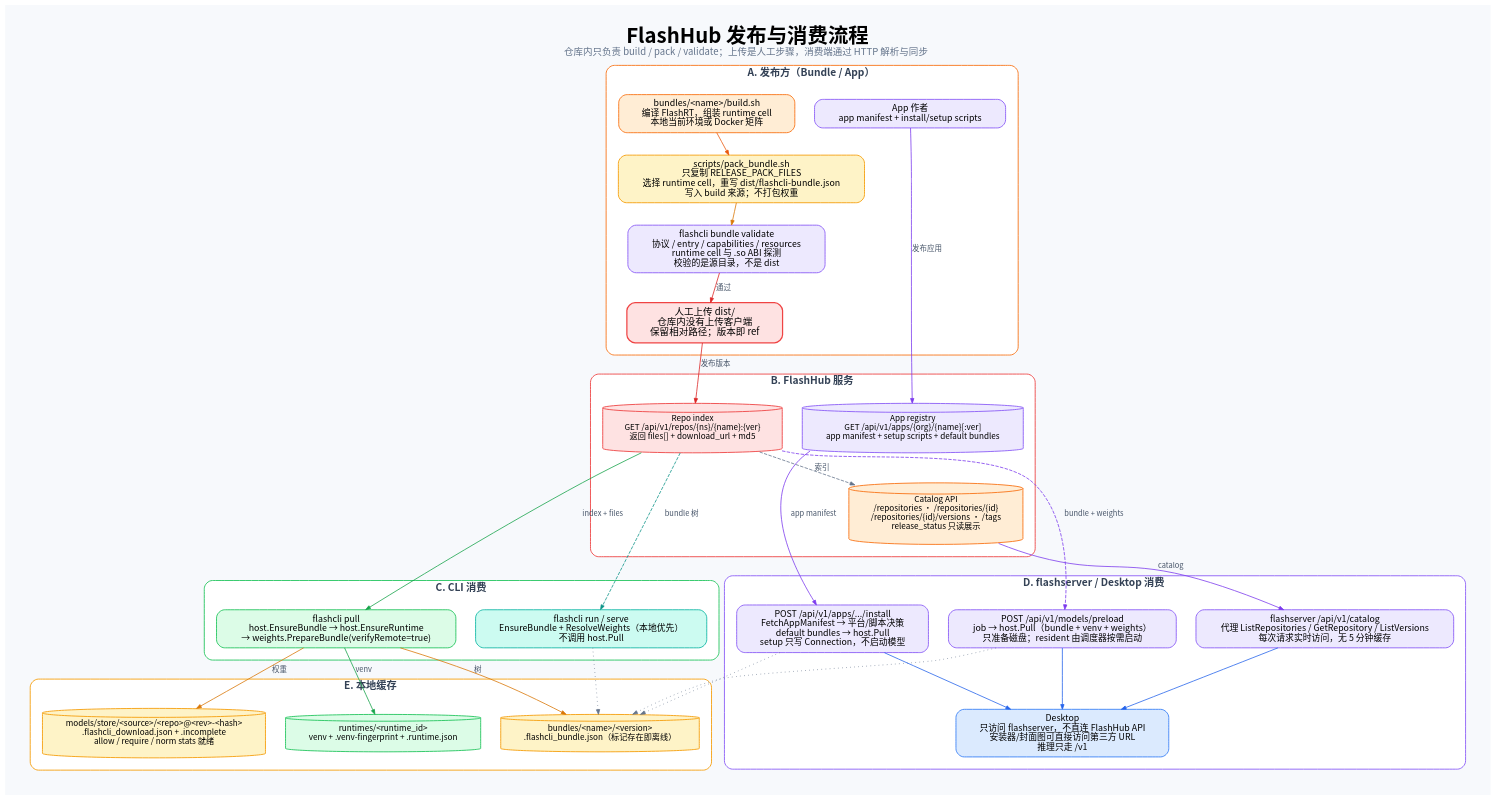
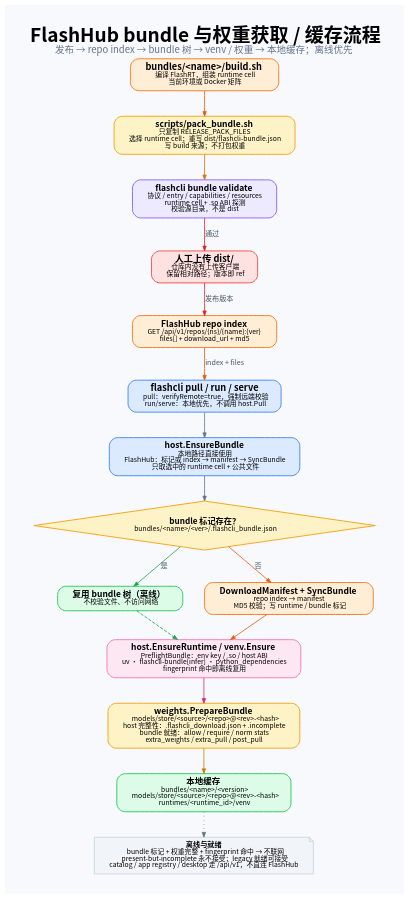
One commit to aodianyun/flashcli changed the diagram in docs/images/flashhub-flow.zh-CN.dot. Above: the diagram before and after it, drawn with Graphviz. The commit also changed 45 other files, not shown here.

First line of the commit message:
docs(architecture): keep five diagrams and simplify flow layout

```diff
--- a/docs/images/flashhub-flow.zh-CN.dot
+++ b/docs/images/flashhub-flow.zh-CN.dot
@@ -1,62 +1,33 @@
 digraph flashhub_flow {
-  graph [rankdir=TB, bgcolor="#F7F9FC", pad=0.4, nodesep=0.4, ranksep=0.45, fontname="Noto Sans CJK SC", fontsize=30, labelloc=t, label=<<B>FlashHub 发布与消费流程</B><BR/><FONT POINT-SIZE="14" COLOR="#64748B">仓库内只负责 build / pack / validate；上传是人工步骤，消费端通过 HTTP 解析与同步</FONT>>];
-  node [shape=box, style="rounded,filled", fontname="Noto Sans CJK SC", fontsize=13, margin="0.46,0.10", penwidth=1.3, color="#94A3B8"];
-  edge [fontname="Noto Sans CJK SC", fontsize=11, color="#64748B", fontcolor="#475569", arrowsize=0.7, penwidth=1.15];
-  subgraph cluster_1 {
-    label=<<B>A. 发布方（Bundle / App）</B>>;
-    style="rounded,filled"; color="#F97316"; fillcolor="#FFFFFF"; penwidth=1.3; fontcolor="#334155"; fontsize=15; margin=18;
-  build [shape=box, style="rounded,filled", fillcolor="#FFEDD5", color="#F97316", penwidth=1.3, fontsize=13, width=2.80, label="bundles/<name>/build.sh\n编译 FlashRT，组装 runtime cell\n本地当前环境或 Docker 矩阵"];
-  pack [shape=box, style="rounded,filled", fillcolor="#FEF3C7", color="#F59E0B", penwidth=1.3, fontsize=13, width=4.24, label="scripts/pack_bundle.sh\n只复制 RELEASE_PACK_FILES\n选择 runtime cell，重写 dist/flashcli-bundle.json\n写入 build 来源；不打包权重"];
-  validate [shape=box, style="rounded,filled", fillcolor="#EDE9FE", color="#8B5CF6", penwidth=1.3, fontsize=13, width=3.44, label="flashcli bundle validate\n协议 / entry / capabilities / resources\nruntime cell 与 .so ABI 探测\n校验的是源目录，不是 dist"];
-  upload [shape=box, style="rounded,filled", fillcolor="#FEE2E2", color="#EF4444", penwidth=1.8, fontsize=14, width=2.24, label="人工上传 dist/\n仓库内没有上传客户端\n保留相对路径；版本即 ref"];
-  app_author [shape=box, style="rounded,filled", fillcolor="#EDE9FE", color="#8B5CF6", penwidth=1.3, fontsize=13, width=3.20, label="App 作者\napp manifest + install/setup scripts"];
-  }
-  subgraph cluster_2 {
-    label=<<B>B. FlashHub 服务</B>>;
-    style="rounded,filled"; color="#EF4444"; fillcolor="#FFFFFF"; penwidth=1.3; fontcolor="#334155"; fontsize=15; margin=18;
-  repo_api [shape=cylinder, style="filled", fillcolor="#FEE2E2", color="#EF4444", penwidth=1.3, fontsize=12, width=3.12, label="Repo index\nGET /api/v1/repos/{ns}/{name}:{ver}\n返回 files[] + download_url + md5"];
-  catalog_api [shape=cylinder, style="filled", fillcolor="#FFEDD5", color="#F97316", penwidth=1.3, fontsize=12, width=3.20, label="Catalog API\n/repositories · /repositories/{id}\n/repositories/{id}/versions · /tags\nrelease_status 只读展示"];
-  app_api [shape=cylinder, style="filled", fillcolor="#EDE9FE", color="#8B5CF6", penwidth=1.3, fontsize=12, width=4.00, label="App registry\nGET /api/v1/apps/{org}/{name}[:ver]\napp manifest + setup scripts + default bundles"];
-  }
-  subgraph cluster_3 {
-    label=<<B>C. CLI 消费</B>>;
-    style="rounded,filled"; color="#22C55E"; fillcolor="#FFFFFF"; penwidth=1.3; fontcolor="#334155"; fontsize=15; margin=18;
-  pull [shape=box, style="rounded,filled", fillcolor="#DCFCE7", color="#22C55E", penwidth=1.3, fontsize=13, width=3.76, label="flashcli pull\nhost.EnsureBundle → host.EnsureRuntime\n→ weights.PrepareBundle(verifyRemote=true)"];
-  runserve [shape=box, style="rounded,filled", fillcolor="#CCFBF1", color="#14B8A6", penwidth=1.3, fontsize=13, width=3.60, label="flashcli run / serve\nEnsureBundle + ResolveWeights（本地优先）\n不调用 host.Pull"];
-  }
-  subgraph cluster_4 {
-    label=<<B>D. flashserver / Desktop 消费</B>>;
-    style="rounded,filled"; color="#8B5CF6"; fillcolor="#FFFFFF"; penwidth=1.3; fontcolor="#334155"; fontsize=15; margin=18;
-  srv_catalog [shape=box, style="rounded,filled", fillcolor="#EDE9FE", color="#8B5CF6", penwidth=1.3, fontsize=13, width=4.48, label="flashserver /api/v1/catalog\n代理 ListRepositories / GetRepository / ListVersions\n每次请求实时访问，无 5 分钟缓存"];
-  srv_preload [shape=box, style="rounded,filled", fillcolor="#EDE9FE", color="#8B5CF6", penwidth=1.3, fontsize=13, width=3.76, label="POST /api/v1/models/preload\njob → host.Pull（bundle + venv + weights）\n只准备磁盘；resident 由调度器按需启动"];
-  srv_app [shape=box, style="rounded,filled", fillcolor="#EDE9FE", color="#8B5CF6", penwidth=1.3, fontsize=13, width=2.96, label="POST /api/v1/apps/.../install\nFetchAppManifest → 平台/脚本决策\ndefault bundles → host.Pull\nsetup 只写 Connection，不启动模型"];
-  desktop [shape=box, style="rounded,filled", fillcolor="#DBEAFE", color="#3B82F6", penwidth=1.3, fontsize=13, width=3.44, label="Desktop\n只访问 flashserver，不直连 FlashHub API\n安装器/封面图可直接访问第三方 URL\n推理只走 /v1"];
-  }
-  subgraph cluster_5 {
-    label=<<B>E. 本地缓存</B>>;
-    style="rounded,filled"; color="#F59E0B"; fillcolor="#FFFFFF"; penwidth=1.3; fontcolor="#334155"; fontsize=15; margin=18;
-  cache_bundle [shape=cylinder, style="filled", fillcolor="#FEF3C7", color="#F59E0B", penwidth=1.3, fontsize=12, width=3.44, label="bundles/<name>/<version>\n.flashcli_bundle.json（标记存在即离线）"];
-  cache_weights [shape=cylinder, style="filled", fillcolor="#FEF3C7", color="#F59E0B", penwidth=1.3, fontsize=12, width=3.60, label="models/store/<source>/<repo>@<rev>-<hash>\n.flashcli_download.json + .incomplete\nallow / require / norm stats 就绪"];
-  cache_runtime [shape=cylinder, style="filled", fillcolor="#DCFCE7", color="#22C55E", penwidth=1.3, fontsize=12, width=3.52, label="runtimes/<runtime_id>\nvenv + .venv-fingerprint + .runtime.json"];
-  }
+  graph [rankdir=TB, bgcolor="#F7F9FC", pad=0.4, nodesep=0.45, ranksep=0.5, fontname="Noto Sans CJK SC", fontsize=28, labelloc=t, label=<<B>FlashHub bundle 与权重获取 / 缓存流程</B><BR/><FONT POINT-SIZE="14" COLOR="#64748B">发布 → repo index → bundle 树 → venv / 权重 → 本地缓存；离线优先</FONT>>];
+  node [shape=box, style="rounded,filled", fontname="Noto Sans CJK SC", fontsize=12.5, margin="0.30,0.10", penwidth=1.3, color="#94A3B8"];
+  edge [fontname="Noto Sans CJK SC", fontsize=10.5, color="#64748B", fontcolor="#475569", arrowsize=0.7, penwidth=1.15];
+  build [shape=box, style="rounded,filled", fillcolor="#FFEDD5", color="#F97316", fontsize=13.5, label=<<B>bundles/&lt;name&gt;/build.sh</B><BR/><FONT POINT-SIZE="10.5">编译 FlashRT，组装 runtime cell</FONT><BR/><FONT POINT-SIZE="10.5">当前环境或 Docker 矩阵</FONT>>];
+  pack [shape=box, style="rounded,filled", fillcolor="#FEF3C7", color="#F59E0B", fontsize=12.5, label=<<B>scripts/pack_bundle.sh</B><BR/><FONT POINT-SIZE="10.5">只复制 RELEASE_PACK_FILES</FONT><BR/><FONT POINT-SIZE="10.5">选择 runtime cell；重写 dist/flashcli-bundle.json</FONT><BR/><FONT POINT-SIZE="10.5">写 build 来源；不打包权重</FONT>>];
+  validate [shape=box, style="rounded,filled", fillcolor="#EDE9FE", color="#8B5CF6", fontsize=12.5, label=<<B>flashcli bundle validate</B><BR/><FONT POINT-SIZE="10.5">协议 / entry / capabilities / resources</FONT><BR/><FONT POINT-SIZE="10.5">runtime cell + .so ABI 探测</FONT><BR/><FONT POINT-SIZE="10.5">校验源目录，不是 dist</FONT>>];
+  upload [shape=box, style="rounded,filled", fillcolor="#FEE2E2", color="#EF4444", fontsize=13.5, label=<<B>人工上传 dist/</B><BR/><FONT POINT-SIZE="10.5">仓库内没有上传客户端</FONT><BR/><FONT POINT-SIZE="10.5">保留相对路径；版本即 ref</FONT>>];
+  repo [shape=box, style="rounded,filled", fillcolor="#FFEDD5", color="#F97316", fontsize=12.5, label=<<B>FlashHub repo index</B><BR/><FONT POINT-SIZE="10.5">GET /api/v1/repos/{ns}/{name}:{ver}</FONT><BR/><FONT POINT-SIZE="10.5">files[] + download_url + md5</FONT>>];
+  entry [shape=box, style="rounded,filled", fillcolor="#DBEAFE", color="#3B82F6", fontsize=13.5, label=<<B>flashcli pull / run / serve</B><BR/><FONT POINT-SIZE="10.5">pull：verifyRemote=true，强制远端校验</FONT><BR/><FONT POINT-SIZE="10.5">run/serve：本地优先，不调用 host.Pull</FONT>>];
+  ensure [shape=box, style="rounded,filled", fillcolor="#DBEAFE", color="#3B82F6", fontsize=12.5, label=<<B>host.EnsureBundle</B><BR/><FONT POINT-SIZE="10.5">本地路径直接使用</FONT><BR/><FONT POINT-SIZE="10.5">FlashHub：标记或 index → manifest → SyncBundle</FONT><BR/><FONT POINT-SIZE="10.5">只取选中的 runtime cell + 公共文件</FONT>>];
+  marker [shape=diamond, style="filled", fillcolor="#FEF3C7", color="#F59E0B", fontsize=12, label=<<B>bundle 标记存在？</B><BR/><FONT POINT-SIZE="10.5">bundles/&lt;name&gt;/&lt;ver&gt;/.flashcli_bundle.json</FONT>>];
+  reuse [shape=box, style="rounded,filled", fillcolor="#DCFCE7", color="#22C55E", fontsize=12.5, label=<<B>复用 bundle 树（离线）</B><BR/><FONT POINT-SIZE="10.5">不校验文件、不访问网络</FONT>>];
+  sync [shape=box, style="rounded,filled", fillcolor="#FFEDD5", color="#F97316", fontsize=12.5, label=<<B>DownloadManifest + SyncBundle</B><BR/><FONT POINT-SIZE="10.5">repo index → manifest</FONT><BR/><FONT POINT-SIZE="10.5">MD5 校验；写 runtime / bundle 标记</FONT>>];
+  runtime [shape=box, style="rounded,filled", fillcolor="#FCE7F3", color="#F472B6", fontsize=12.5, label=<<B>host.EnsureRuntime / venv.Ensure</B><BR/><FONT POINT-SIZE="10.5">PreflightBundle：env key / .so / host ABI</FONT><BR/><FONT POINT-SIZE="10.5">uv · flashcli-bundle[infer] · python_dependencies</FONT><BR/><FONT POINT-SIZE="10.5">fingerprint 命中即离线复用</FONT>>];
+  weights [shape=box, style="rounded,filled", fillcolor="#FEF3C7", color="#F59E0B", fontsize=12.5, label=<<B>weights.PrepareBundle</B><BR/><FONT POINT-SIZE="10.5">models/store/&lt;source&gt;/&lt;repo&gt;@&lt;rev&gt;-&lt;hash&gt;</FONT><BR/><FONT POINT-SIZE="10.5">host 完整性：.flashcli_download.json + .incomplete</FONT><BR/><FONT POINT-SIZE="10.5">bundle 就绪：allow / require / norm stats</FONT><BR/><FONT POINT-SIZE="10.5">extra_weights / extra_pull / post_pull</FONT>>];
+  cache [shape=box, style="rounded,filled", fillcolor="#DCFCE7", color="#22C55E", fontsize=12.5, label=<<B>本地缓存</B><BR/><FONT POINT-SIZE="10.5">bundles/&lt;name&gt;/&lt;version&gt;</FONT><BR/><FONT POINT-SIZE="10.5">models/store/&lt;source&gt;/&lt;repo&gt;@&lt;rev&gt;-&lt;hash&gt;</FONT><BR/><FONT POINT-SIZE="10.5">runtimes/&lt;runtime_id&gt;/venv</FONT>>];
+  offline [shape=note, style="filled", fillcolor="#F1F5F9", color="#CBD5E1", fontsize=10.5, label=<<B>离线与就绪</B><BR/><FONT POINT-SIZE="10.5">bundle 标记 + 权重完整 + fingerprint 命中 → 不联网</FONT><BR/><FONT POINT-SIZE="10.5">present-but-incomplete 永不接受；legacy 就绪可接受</FONT><BR/><FONT POINT-SIZE="10.5">catalog / app registry / desktop 走 /api/v1，不直连 FlashHub</FONT>>];
   build -> pack [color="#EA580C", style="solid"];
   pack -> validate [color="#D97706", style="solid"];
   validate -> upload [color="#DC2626", style="solid", label="通过"];
-  upload -> repo_api [color="#DC2626", style="solid", label="发布版本"];
-  app_author -> app_api [color="#7C3AED", style="solid", label="发布应用"];
-  repo_api -> catalog_api [color="#64748B", style="dashed", label="索引"];
-  repo_api -> pull [color="#16A34A", style="solid", label="index + files"];
-  catalog_api -> srv_catalog [color="#7C3AED", style="solid", label="catalog"];
-  repo_api -> srv_preload [color="#7C3AED", style="dashed", label="bundle + weights"];
-  app_api -> srv_app [color="#7C3AED", style="solid", label="app manifest"];
-  repo_api -> runserve [color="#0D9488", style="dashed", label="bundle 树"];
-  srv_catalog -> desktop [color="#2563EB", style="solid"];
-  srv_preload -> desktop [color="#2563EB", style="solid"];
-  srv_app -> desktop [color="#2563EB", style="solid"];
-  pull -> cache_bundle [color="#D97706", style="solid", label="树"];
-  pull -> cache_weights [color="#D97706", style="solid", label="权重"];
-  pull -> cache_runtime [color="#16A34A", style="solid", label="venv"];
-  runserve -> cache_bundle [color="#64748B", style="dotted"];
-  srv_preload -> cache_bundle [color="#64748B", style="dotted"];
-  srv_app -> cache_bundle [color="#64748B", style="dotted"];
+  upload -> repo [color="#DC2626", style="solid", label="发布版本"];
+  repo -> entry [color="#EA580C", style="solid", label="index + files"];
+  entry -> ensure [color="#64748B", style="solid"];
+  ensure -> marker [color="#64748B", style="solid"];
+  marker -> reuse [color="#16A34A", style="solid", label="是"];
+  marker -> sync [color="#EA580C", style="solid", label="否"];
+  sync -> runtime [color="#EA580C", style="solid"];
+  reuse -> runtime [color="#16A34A", style="dashed"];
+  runtime -> weights [color="#DB2777", style="solid"];
+  weights -> cache [color="#D97706", style="solid"];
+  cache -> offline [color="#64748B", style="dotted"];
 }
```
